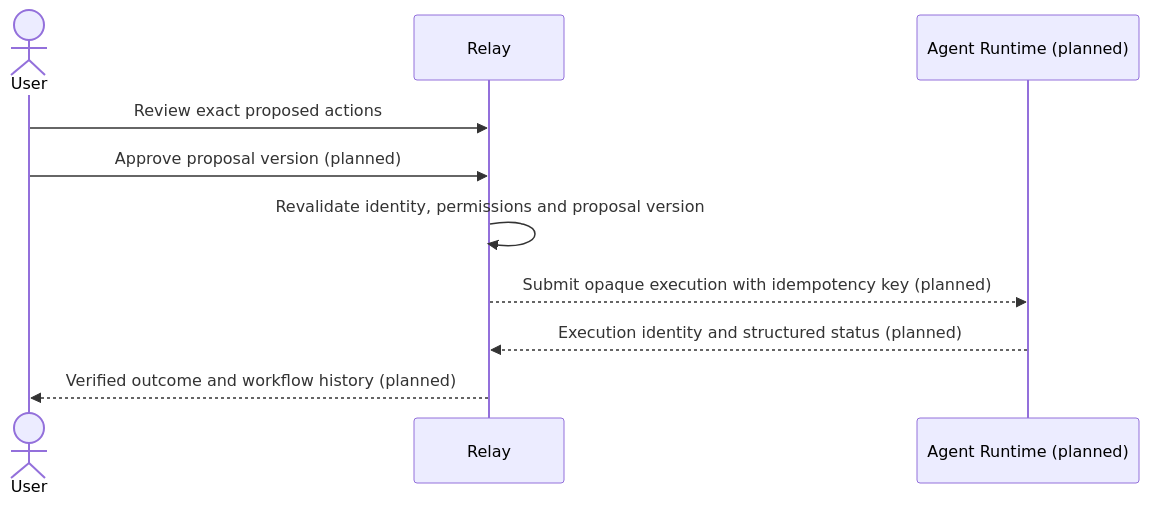
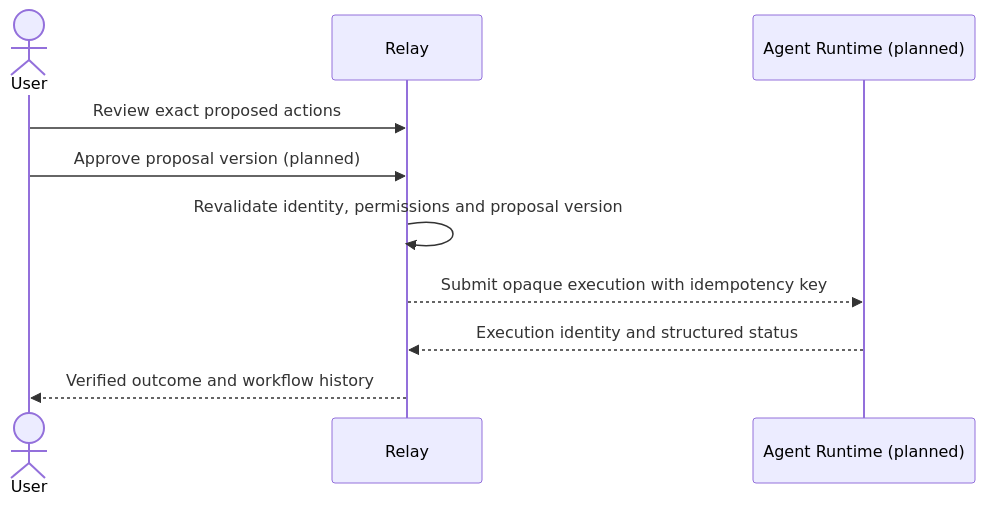
The diagram in docs/architecture/relay-agent-runtime-boundary.md (praveenachen/Relay-2.0), drawn with Mermaid before and after one commit. The commit also changed other lines of this file and 9 other files, not shown here.

````diff
--- a/docs/architecture/relay-agent-runtime-boundary.md
+++ b/docs/architecture/relay-agent-runtime-boundary.md
@@ -17,12 +17,12 @@
 ```mermaid
 sequenceDiagram
     actor User
     participant Relay
     participant Runtime as Agent Runtime (planned)
     User->>Relay: Review exact proposed actions
     User->>Relay: Approve proposal version (planned)
     Relay->>Relay: Revalidate identity, permissions and proposal version
-    Relay-->>Runtime: Submit opaque execution with idempotency key (planned)
-    Runtime-->>Relay: Execution identity and structured status (planned)
-    Relay-->>User: Verified outcome and workflow history (planned)
+    Relay-->>Runtime: Submit opaque execution with idempotency key
+    Runtime-->>Relay: Execution identity and structured status
+    Relay-->>User: Verified outcome and workflow history
 ```
````
